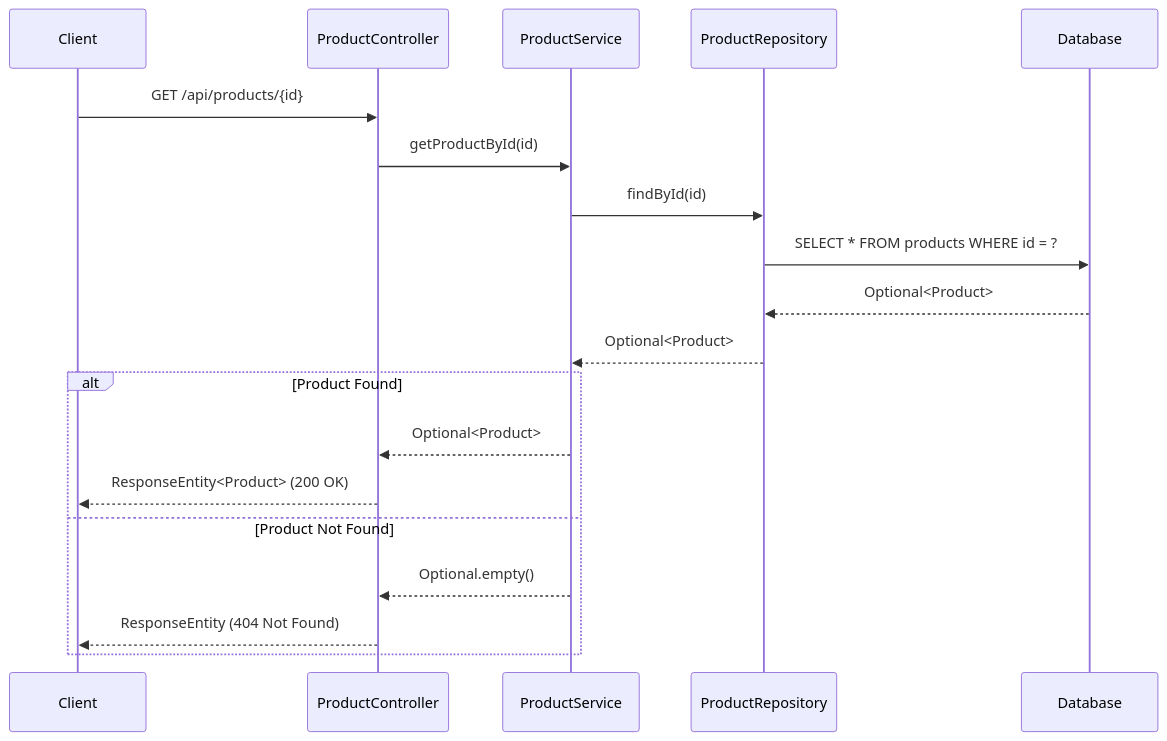
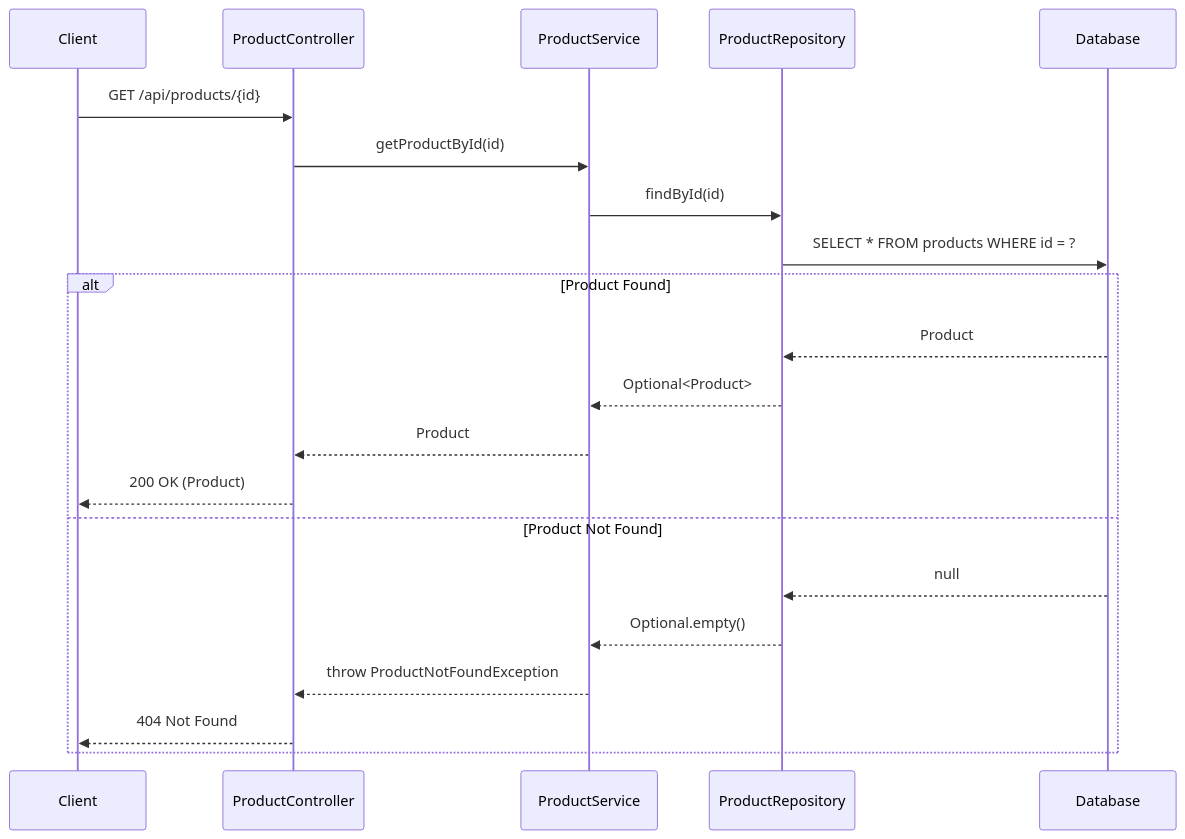
The fourth of 13 diagrams in docs/LLD/modified_lld.md (NavneetBN47/aava-ecom-demo), drawn with Mermaid before and after one commit. The commit also changed other lines of this file, not shown here.

````diff
--- a/docs/LLD/modified_lld.md
+++ b/docs/LLD/modified_lld.md
@@ -239,22 +228,25 @@
 ```mermaid
 sequenceDiagram
     participant Client
     participant ProductController
     participant ProductService
     participant ProductRepository
     participant Database
 
     Client->>ProductController: GET /api/products/{id}
     ProductController->>ProductService: getProductById(id)
     ProductService->>ProductRepository: findById(id)
     ProductRepository->>Database: SELECT * FROM products WHERE id = ?
-    Database-->>ProductRepository: Optional<Product>
-    ProductRepository-->>ProductService: Optional<Product>
+    
     alt Product Found
-        ProductService-->>ProductController: Optional<Product>
-        ProductController-->>Client: ResponseEntity<Product> (200 OK)
+        Database-->>ProductRepository: Product
+        ProductRepository-->>ProductService: Optional<Product>
+        ProductService-->>ProductController: Product
+        ProductController-->>Client: 200 OK (Product)
     else Product Not Found
-        ProductService-->>ProductController: Optional.empty()
-        ProductController-->>Client: ResponseEntity (404 Not Found)
+        Database-->>ProductRepository: null
+        ProductRepository-->>ProductService: Optional.empty()
+        ProductService-->>ProductController: throw ProductNotFoundException
+        ProductController-->>Client: 404 Not Found
     end
 ```
````
